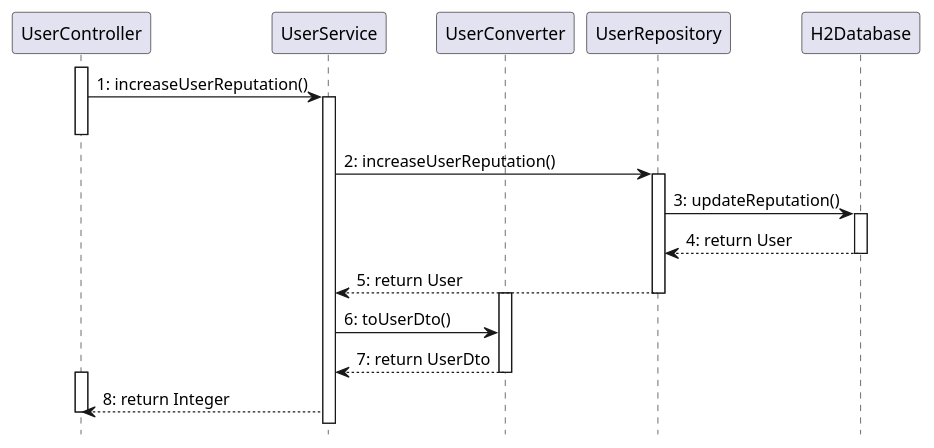
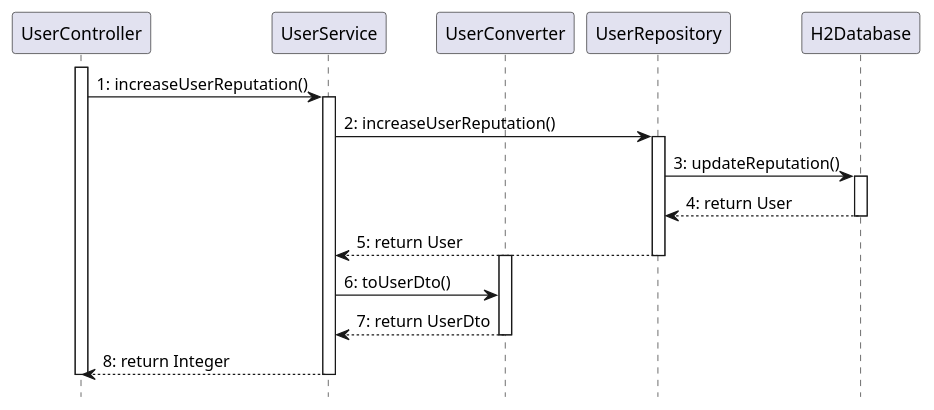
One commit to SE2-group4/SE1-project changed diagram 14 of 15 in docs/DesignDocument.md. Above: the diagram before and after it, drawn with PlantUML. The commit also changed other lines of this file, not shown here.

````diff
--- a/docs/DesignDocument.md
+++ b/docs/DesignDocument.md
@@ -892,38 +891,38 @@
 ```plantuml
 @startuml
 hide footbox
 skinparam shadowing false
 
 participant UserController as UC
 participant UserService as US
 participant UserConverter as UCV
 participant UserRepository as UR
 participant H2Database as H2
 
 activate UC
 UC -> US: 1: increaseUserReputation()
 activate US
-deactivate UC
 
 US -> UR: 2: increaseUserReputation()
 activate UR
 
 UR -> H2: 3: updateReputation()
 
 activate H2
 H2 --> UR: 4: return User
 deactivate H2
 
 
 UR --> US: 5: return User
 deactivate UR
 
 activate UCV
 US -> UCV: 6: toUserDto()
 UCV --> US: 7: return UserDto
 deactivate UCV
-activate UC
+
 US --> UC: 8: return Integer
+deactivate US
 deactivate UC
 @enduml
 ```
````
